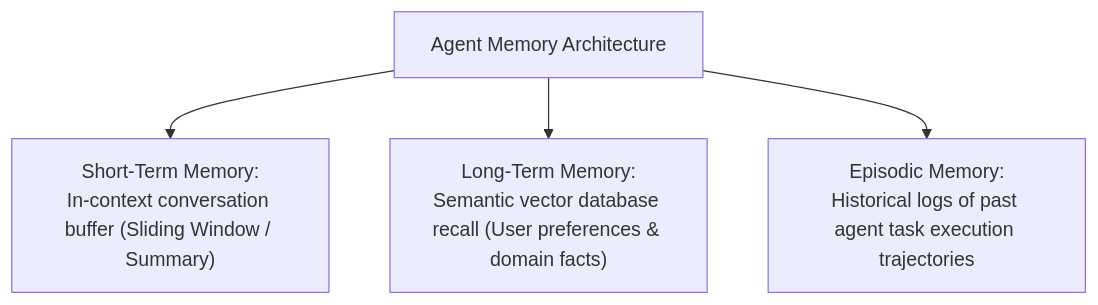
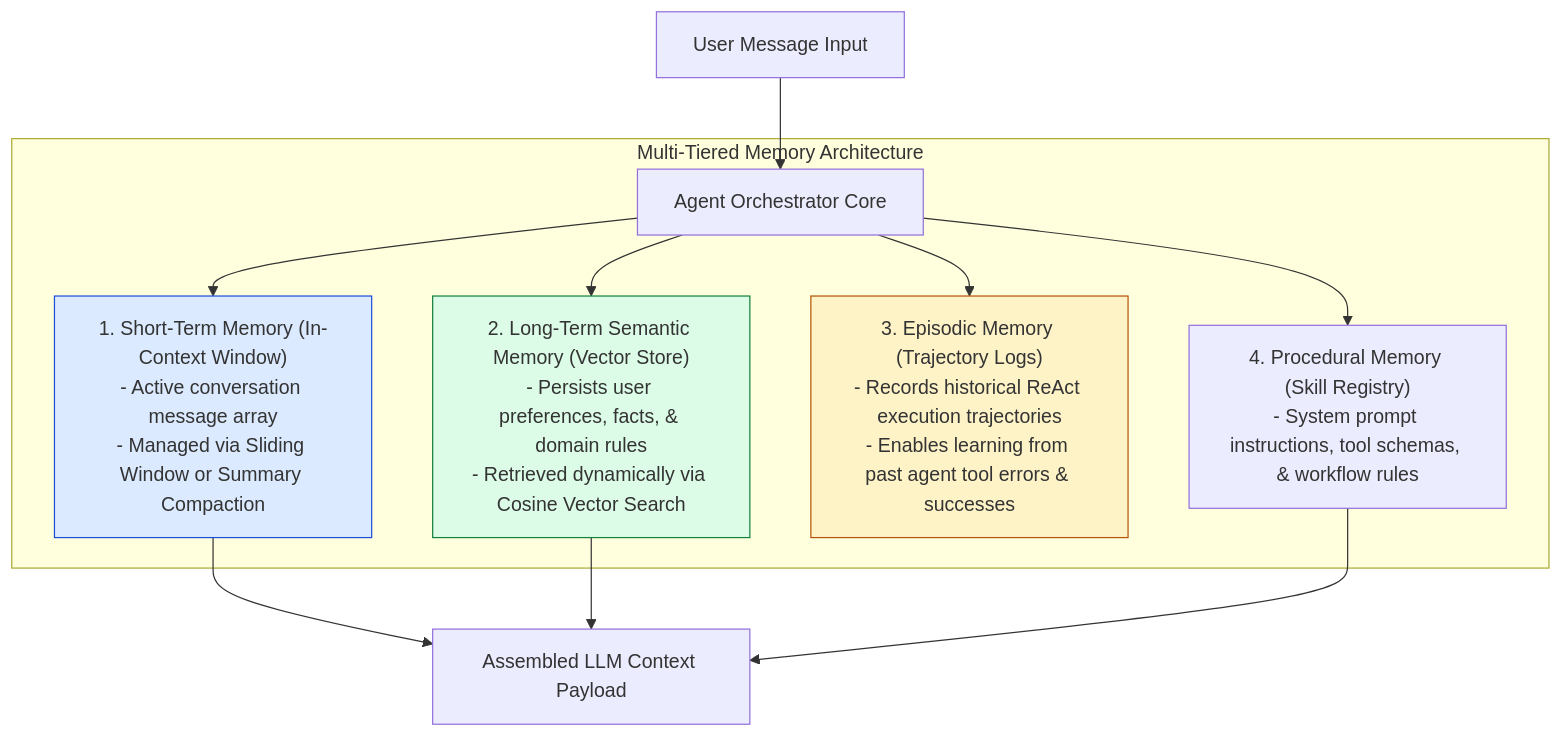
Before and after one commit to Amie-dev/engineering-playbook: the first of 3 diagrams in agentic-ai-notes/00-foundations/12-memory-systems.md, drawn with Mermaid. The commit also changed other lines of this file and 17 other files, not shown here.

Commit message:
Refactor observability and tracing documentation to enhance clarity and detail; expand Model Context Protocol (MCP) architecture with JSON-RPC primitives; update decision framework to emphasize architectural complexity and decision-making processes.

````diff
--- a/agentic-ai-notes/00-foundations/12-memory-systems.md
+++ b/agentic-ai-notes/00-foundations/12-memory-systems.md
@@ -10,6 +13,22 @@
 ```mermaid
-graph TD
-    Memory[Agent Memory Architecture] --> ShortTerm["Short-Term Memory:<br/>In-context conversation buffer (Sliding Window / Summary)"]
-    Memory --> LongTerm["Long-Term Memory:<br/>Semantic vector database recall (User preferences & domain facts)"]
-    Memory --> Episodic["Episodic Memory:<br/>Historical logs of past agent task execution trajectories"]
+flowchart TD
+    UserMsg[User Message Input] --> AgentCore[Agent Orchestrator Core]
+
+    subgraph Multi-Tiered Memory Architecture
+        AgentCore --> ShortTerm["1. Short-Term Memory (In-Context Window)<br/>- Active conversation message array<br/>- Managed via Sliding Window or Summary Compaction"]
+        
+        AgentCore --> LongTerm["2. Long-Term Semantic Memory (Vector Store)<br/>- Persists user preferences, facts, & domain rules<br/>- Retrieved dynamically via Cosine Vector Search"]
+
+        AgentCore --> Episodic["3. Episodic Memory (Trajectory Logs)<br/>- Records historical ReAct execution trajectories<br/>- Enables learning from past agent tool errors & successes"]
+
+        AgentCore --> Procedural["4. Procedural Memory (Skill Registry)<br/>- System prompt instructions, tool schemas, & workflow rules"]
+    end
+
+    ShortTerm --> LLMPrompt[Assembled LLM Context Payload]
+    LongTerm --> LLMPrompt
+    Procedural --> LLMPrompt
+
+    style ShortTerm fill:#dbeafe,stroke:#1d4ed8
+    style LongTerm fill:#dcfce7,stroke:#15803d
+    style Episodic fill:#fef3c7,stroke:#b45309
 ```
````
